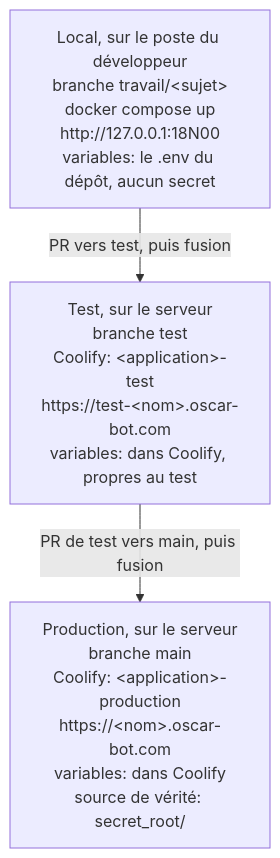
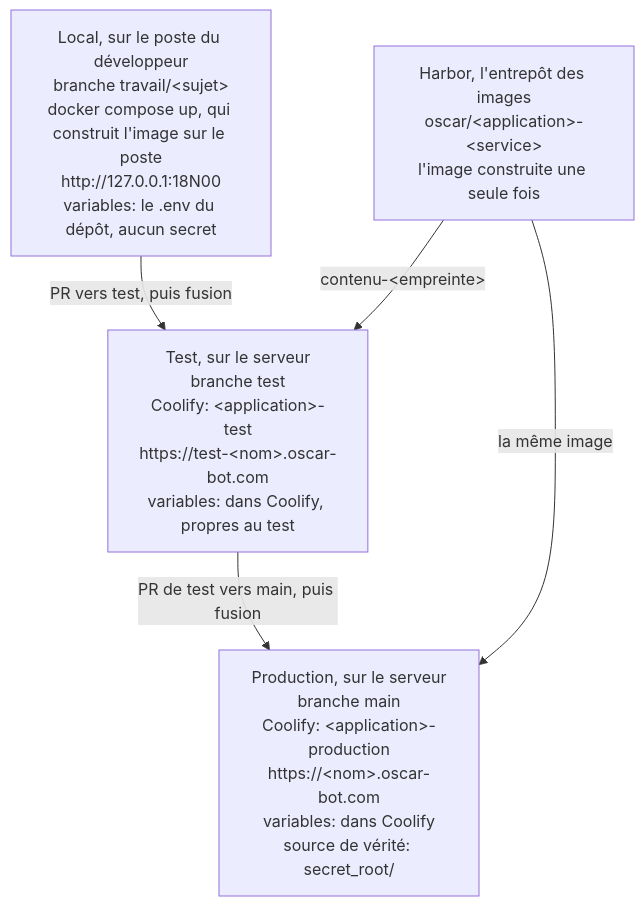
The diagram in docs/schemas/05-les-environnements.mmd (oscar-organisation/oscar-general-gouvernance-project), drawn with Mermaid before and after one commit. The commit also changed 24 other files, not shown here.

First line of the commit message:
Le guide et l'accueil suivent la mise en ligne par image de Harbor

```diff
--- a/docs/schemas/05-les-environnements.mmd
+++ b/docs/schemas/05-les-environnements.mmd
@@ -1,10 +1,14 @@
 %% Les trois niveaux: local, test, production.
 %% Source de 05-les-environnements.svg. L'image ne se retouche jamais à la main.
 %% Après une modification, depuis la racine du dépôt:
 %%   docker compose -f docs/outils/compose.yaml run --rm schemas
+%% Depuis le 04/10/2026 (plan 17): test et production lancent la même image de Harbor.
 flowchart TB
-  local["Local, sur le poste du développeur<br>branche travail/#lt;sujet#gt;<br>docker compose up<br>http://127.0.0.1:18N00<br>variables: le .env du dépôt, aucun secret"]
+  local["Local, sur le poste du développeur<br>branche travail/#lt;sujet#gt;<br>docker compose up, qui construit l'image sur le poste<br>http://127.0.0.1:18N00<br>variables: le .env du dépôt, aucun secret"]
+  harbor["Harbor, l'entrepôt des images<br>oscar/#lt;application#gt;-#lt;service#gt;<br>l'image construite une seule fois"]
   test["Test, sur le serveur<br>branche test<br>Coolify: #lt;application#gt;-test<br>https://test-#lt;nom#gt;.oscar-bot.com<br>variables: dans Coolify, propres au test"]
   prod["Production, sur le serveur<br>branche main<br>Coolify: #lt;application#gt;-production<br>https://#lt;nom#gt;.oscar-bot.com<br>variables: dans Coolify<br>source de vérité: secret_root/"]:::accent
   local -- "PR vers test, puis fusion" --> test
   test -- "PR de test vers main, puis fusion" --> prod
+  harbor -- "contenu-#lt;empreinte#gt;" --> test
+  harbor -- "la même image" --> prod
```
